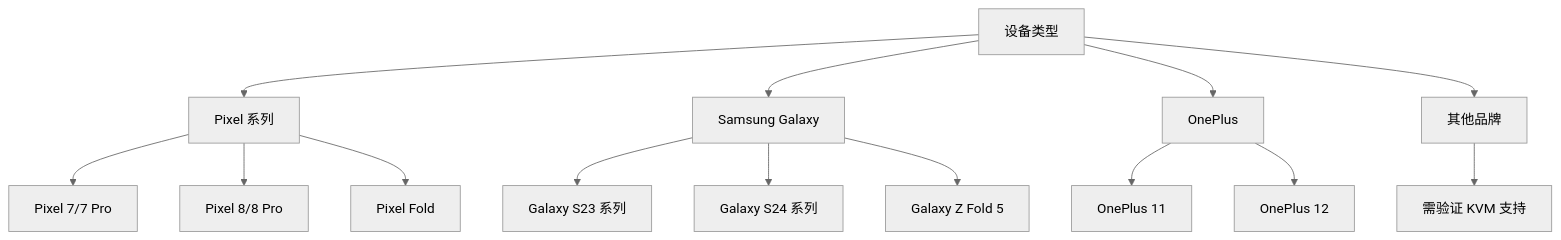
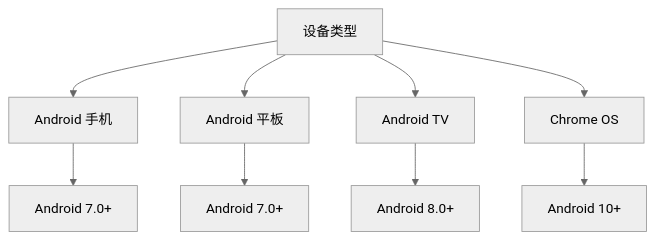
One commit to LineCatOvO/DFA changed the diagram in docs/INSTALLATION.md. Above: the diagram before and after it, drawn with Mermaid (neutral theme). The commit also changed other lines of this file and 25 other files, not shown here.

````diff
--- a/docs/INSTALLATION.md
+++ b/docs/INSTALLATION.md
@@ -48,26 +55,18 @@
 ```mermaid
 graph TB
     A[设备类型]
-    B[Pixel 系列]
-    C[Samsung Galaxy]
-    D[OnePlus]
-    E[其他品牌]
+    B[Android 手机]
+    C[Android 平板]
+    D[Android TV]
+    E[Chrome OS]
     
     A --> B
     A --> C
     A --> D
     A --> E
     
-    B --> B1[Pixel 7/7 Pro]
-    B --> B2[Pixel 8/8 Pro]
-    B --> B3[Pixel Fold]
-    
-    C --> C1[Galaxy S23 系列]
-    C --> C2[Galaxy S24 系列]
-    C --> C3[Galaxy Z Fold 5]
-    
-    D --> D1[OnePlus 11]
-    D --> D2[OnePlus 12]
-    
-    E --> E1[需验证 KVM 支持]
+    B --> B1[Android 7.0+]
+    C --> C1[Android 7.0+]
+    D --> D1[Android 8.0+]
+    E --> E1[Android 10+]
 ```
````
